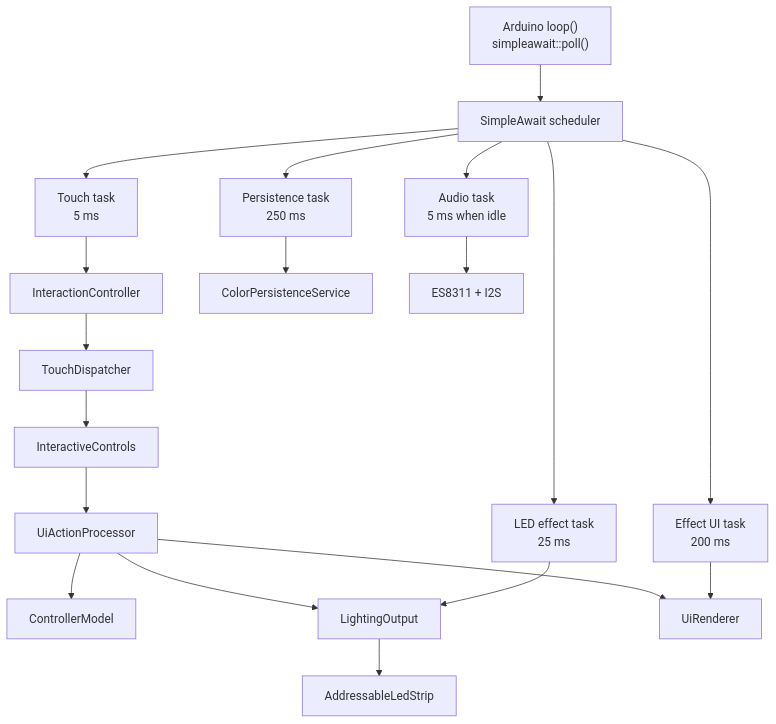
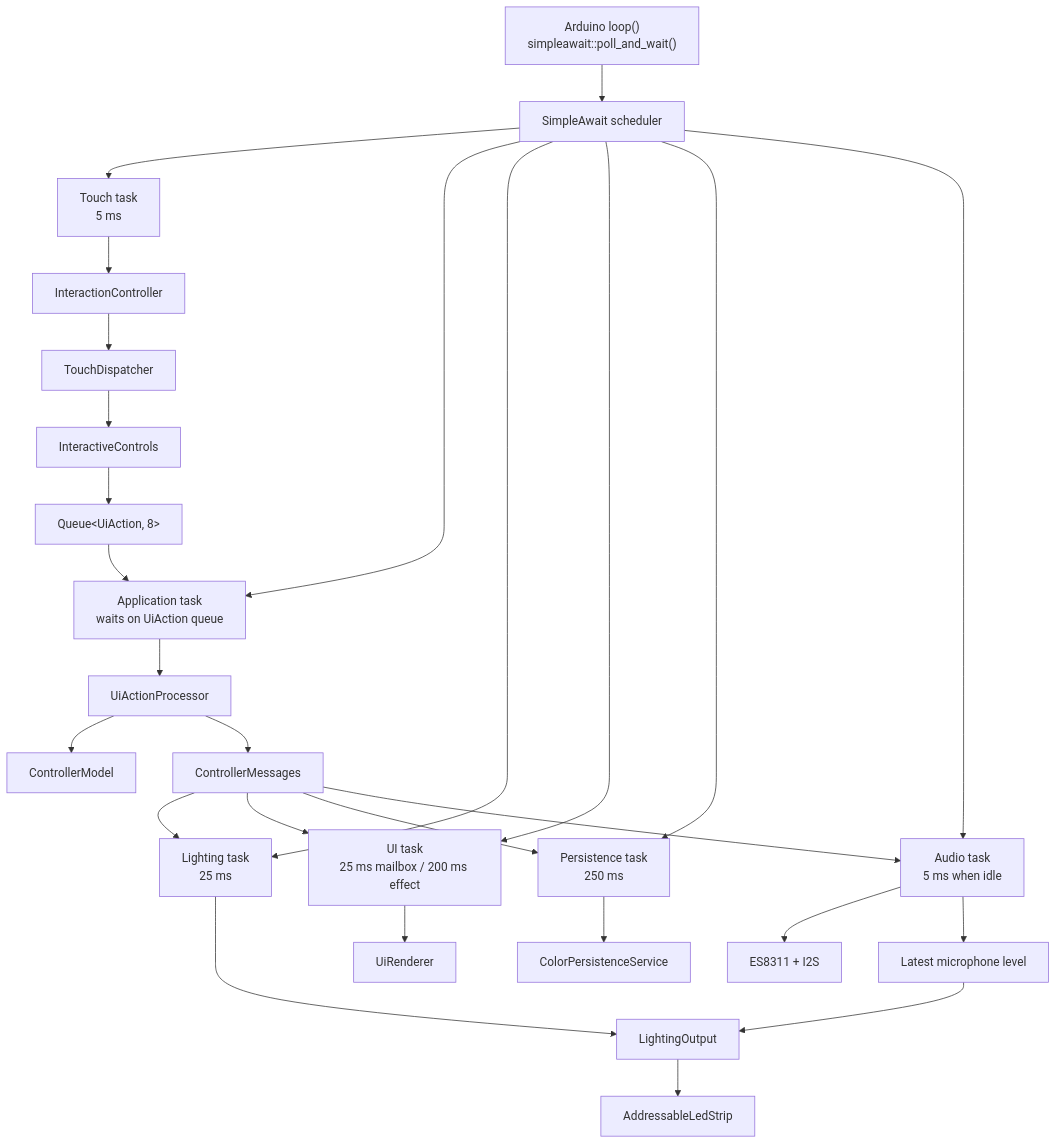
The tenth of 10 diagrams in docs/ux-interaction-and-class-diagrams.md (noelanderson/color-controller), drawn with Mermaid before and after one commit. The commit also changed other lines of this file and 28 other files, not shown here.

````diff
--- a/docs/ux-interaction-and-class-diagrams.md
+++ b/docs/ux-interaction-and-class-diagrams.md
@@ -267,24 +298,32 @@
 ```mermaid
 flowchart TB
-    Loop["Arduino loop()<br/>simpleawait::poll()"] --> Scheduler["SimpleAwait scheduler"]
+    Loop["Arduino loop()<br/>simpleawait::poll_and_wait()"] --> Scheduler["SimpleAwait scheduler"]
 
     Scheduler --> TouchTask["Touch task<br/>5 ms"]
-    Scheduler --> EffectTask["LED effect task<br/>25 ms"]
-    Scheduler --> UiTask["Effect UI task<br/>200 ms"]
+    Scheduler --> AppTask["Application task<br/>waits on UiAction queue"]
+    Scheduler --> EffectTask["Lighting task<br/>25 ms"]
+    Scheduler --> UiTask["UI task<br/>25 ms mailbox / 200 ms effect"]
     Scheduler --> PersistenceTask["Persistence task<br/>250 ms"]
     Scheduler --> AudioTask["Audio task<br/>5 ms when idle"]
 
     TouchTask --> Interaction["InteractionController"]
     Interaction --> Dispatcher["TouchDispatcher"]
     Dispatcher --> Controls["InteractiveControls"]
-    Controls --> Actions["UiActionProcessor"]
+    Controls --> Queue["Queue&lt;UiAction, 8&gt;"]
+    Queue --> AppTask
+    AppTask --> Actions["UiActionProcessor"]
     Actions --> Model["ControllerModel"]
-    Actions --> Lighting["LightingOutput"]
-    Actions --> Renderer["UiRenderer"]
+    Actions --> Messages["ControllerMessages"]
 
-    EffectTask --> Lighting
-    UiTask --> Renderer
+    Messages --> EffectTask
+    Messages --> UiTask
+    Messages --> PersistenceTask
+    Messages --> AudioTask
+    EffectTask --> Lighting["LightingOutput"]
+    UiTask --> Renderer["UiRenderer"]
     PersistenceTask --> Persistence["ColorPersistenceService"]
     AudioTask --> Audio["ES8311 + I2S"]
+    AudioTask --> Levels["Latest microphone level"]
+    Levels --> Lighting
     Lighting --> LEDs["AddressableLedStrip"]
 ```
````
